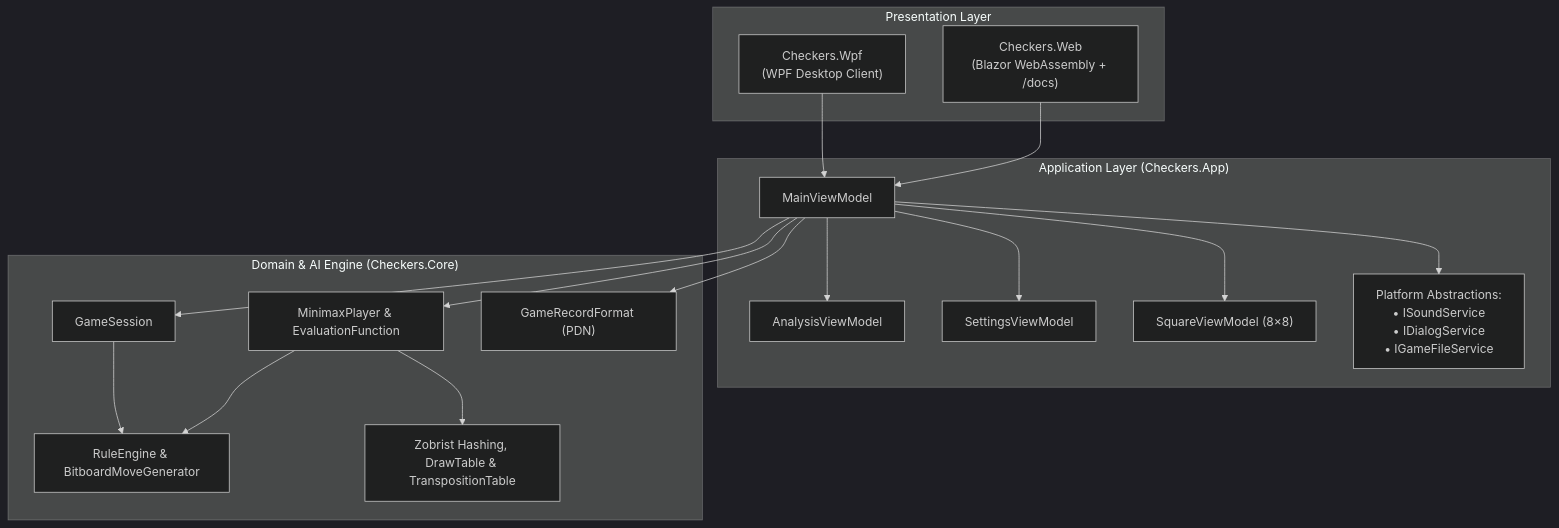
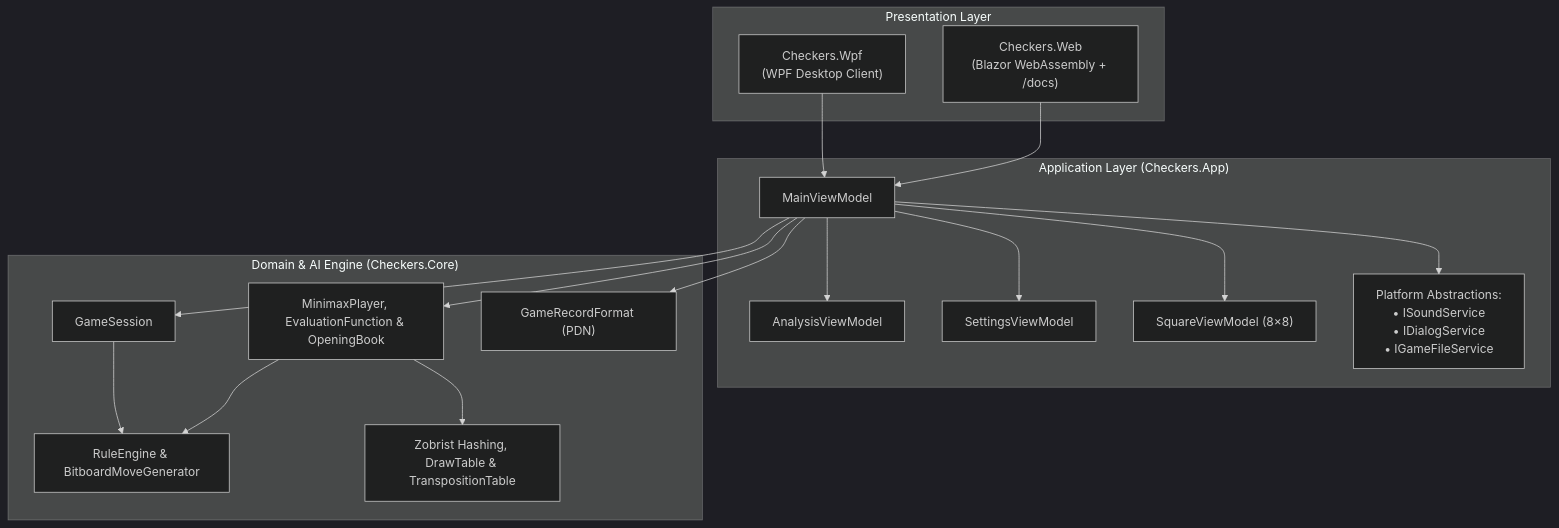
One commit to cjp-dev/Checkers changed the first of 2 diagrams in docs/brain/13-app-integration.md. Above: the diagram before and after it, drawn with Mermaid (dark theme). The commit also changed other lines of this file and 11 other files, not shown here.

````diff
--- a/docs/brain/13-app-integration.md
+++ b/docs/brain/13-app-integration.md
@@ -17,36 +17,36 @@
 ```mermaid
 flowchart TD
     subgraph Presentation ["Presentation Layer"]
         WPF["Checkers.Wpf<br/>(WPF Desktop Client)"]
         Web["Checkers.Web<br/>(Blazor WebAssembly + /docs)"]
     end
 
     subgraph Application ["Application Layer (Checkers.App)"]
         MainVM["MainViewModel"]
         AnalysisVM["AnalysisViewModel"]
         SettingsVM["SettingsViewModel"]
         SquareVM["SquareViewModel (8×8)"]
         Services["Platform Abstractions:<br/>• ISoundService<br/>• IDialogService<br/>• IGameFileService"]
     end
 
     subgraph Domain ["Domain &amp; AI Engine (Checkers.Core)"]
         Session["GameSession"]
         RuleEngine["RuleEngine &amp; BitboardMoveGenerator"]
-        AI["MinimaxPlayer &amp; EvaluationFunction"]
+        AI["MinimaxPlayer, EvaluationFunction &amp; OpeningBook"]
         Zobrist["Zobrist Hashing, DrawTable &amp; TranspositionTable"]
         PDN["GameRecordFormat (PDN)"]
     end
 
     WPF --> MainVM
     Web --> MainVM
     MainVM --> AnalysisVM
     MainVM --> SettingsVM
     MainVM --> SquareVM
     MainVM --> Services
     MainVM --> Session
     Session --> RuleEngine
     MainVM --> AI
     AI --> RuleEngine
     AI --> Zobrist
     MainVM --> PDN
 ```
````
